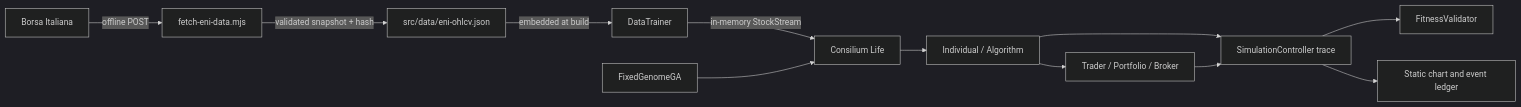
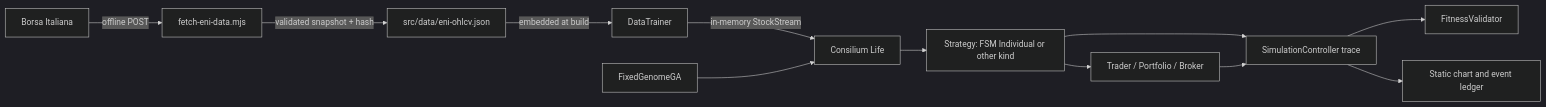
Before and after one commit to ChaosCoreLab/SwarmTrader-core: the first of 2 diagrams in docs/architecture/simulator-overview.md, drawn with Mermaid (dark theme). The commit also changed other lines of this file and 10 other files, not shown here.

First line of the commit message:
E1: strategy contract so the replay engine can run non-FSM genomes

````diff
--- a/docs/architecture/simulator-overview.md
+++ b/docs/architecture/simulator-overview.md
@@ -29,14 +44,14 @@
 ```mermaid
 flowchart LR
     BI[Borsa Italiana] -->|offline POST| FETCH[fetch-eni-data.mjs]
     FETCH -->|validated snapshot + hash| SNAP[src/data/eni-ohlcv.json]
     SNAP -->|embedded at build| DT[DataTrainer]
     DT -->|in-memory StockStream| LIFE[Consilium Life]
     GA[FixedGenomeGA] --> LIFE
-    LIFE --> IND[Individual / Algorithm]
+    LIFE --> IND[Strategy: FSM Individual or other kind]
     IND --> TR[Trader / Portfolio / Broker]
     IND --> TRACE[SimulationController trace]
     TR --> TRACE
     TRACE --> VALID[FitnessValidator]
     TRACE --> UI[Static chart and event ledger]
 ```
````
